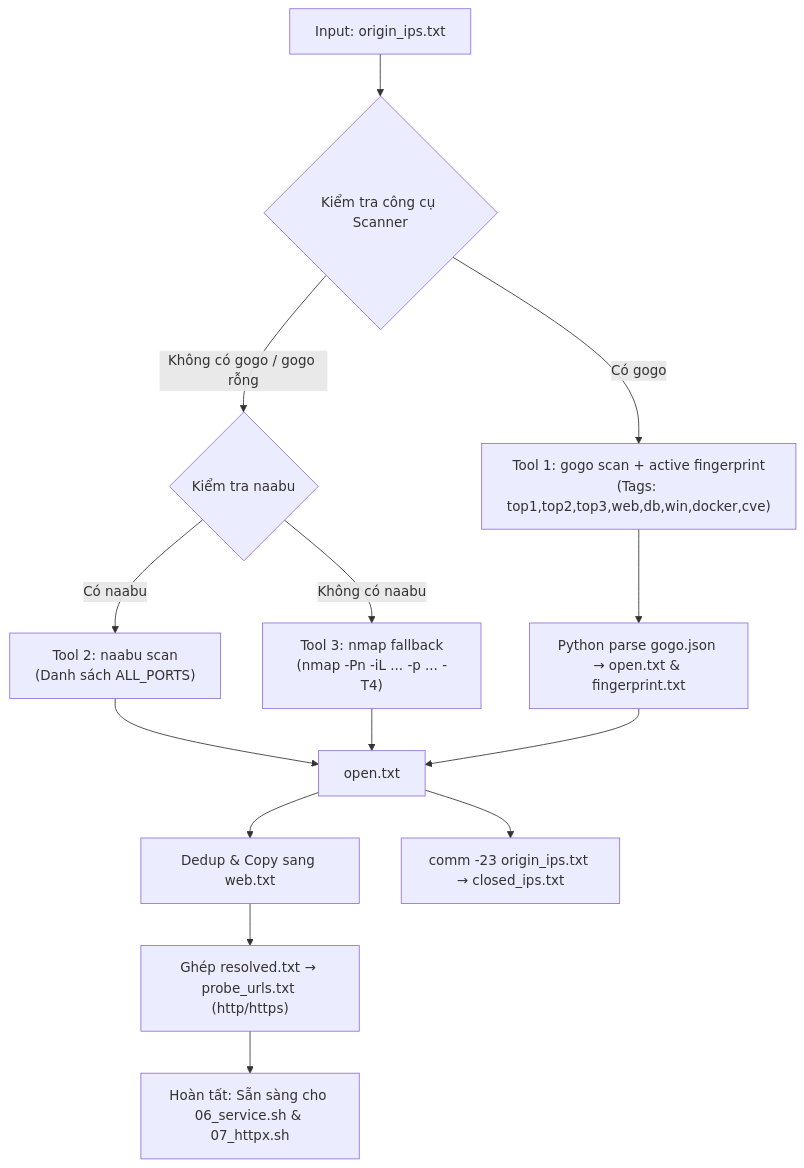
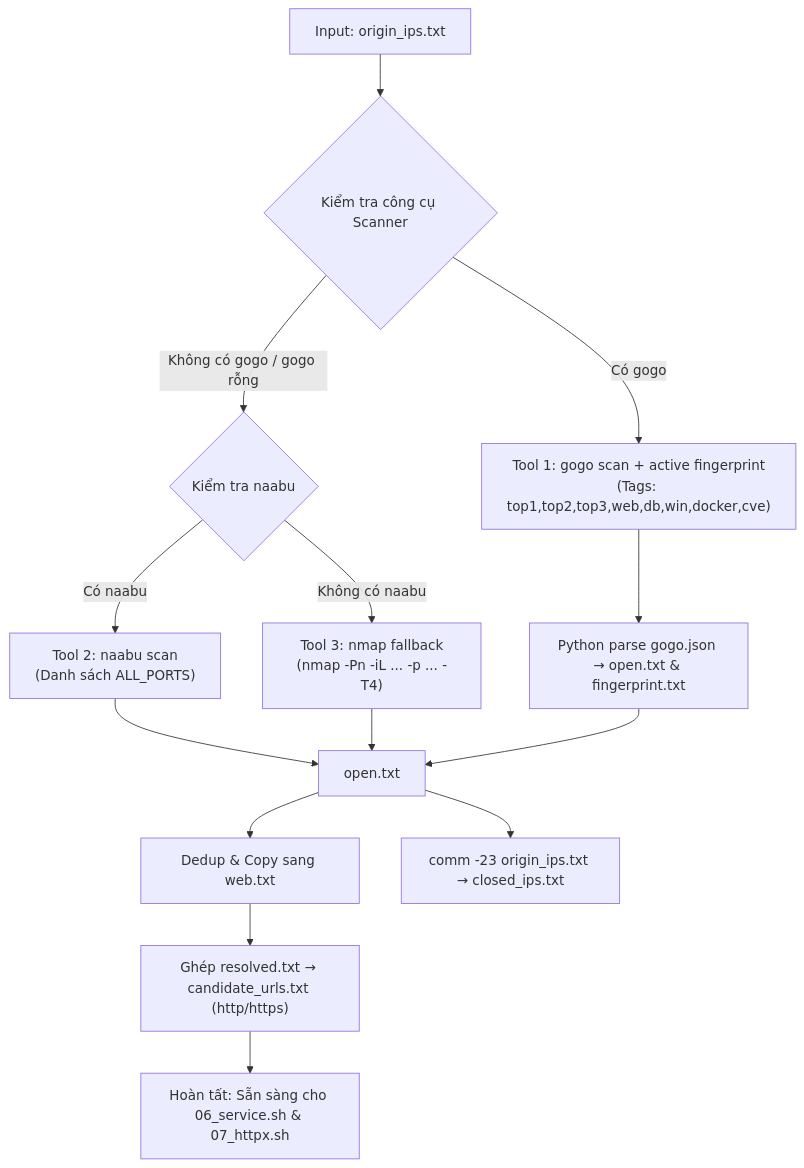
Before and after one commit to giangnamG/recon-pipeline: the diagram in docs/05_portscan.md, drawn with Mermaid. The commit also changed other lines of this file and 3 other files, not shown here.

Commit message:
refactor(portscan): rename output to candidate_urls.txt

````diff
--- a/docs/05_portscan.md
+++ b/docs/05_portscan.md
@@ -52,16 +52,16 @@
 ```mermaid
 flowchart TD
     A["Input: origin_ips.txt"] --> B{"Kiểm tra công cụ Scanner"}
     B -- "Có gogo" --> C["Tool 1: gogo scan + active fingerprint\n(Tags: top1,top2,top3,web,db,win,docker,cve)"]
     B -- "Không có gogo / gogo rỗng" --> D{"Kiểm tra naabu"}
     D -- "Có naabu" --> E["Tool 2: naabu scan\n(Danh sách ALL_PORTS)"]
     D -- "Không có naabu" --> F["Tool 3: nmap fallback\n(nmap -Pn -iL ... -p ... -T4)"]
     C --> G["Python parse gogo.json → open.txt & fingerprint.txt"]
     E --> H["open.txt"]
     F --> H
     G --> H
     H --> I["Dedup & Copy sang web.txt"]
     H --> J["comm -23 origin_ips.txt → closed_ips.txt"]
-    I --> K["Ghép resolved.txt → probe_urls.txt (http/https)"]
+    I --> K["Ghép resolved.txt → candidate_urls.txt (http/https)"]
     K --> L["Hoàn tất: Sẵn sàng cho 06_service.sh & 07_httpx.sh"]
 ```
````
